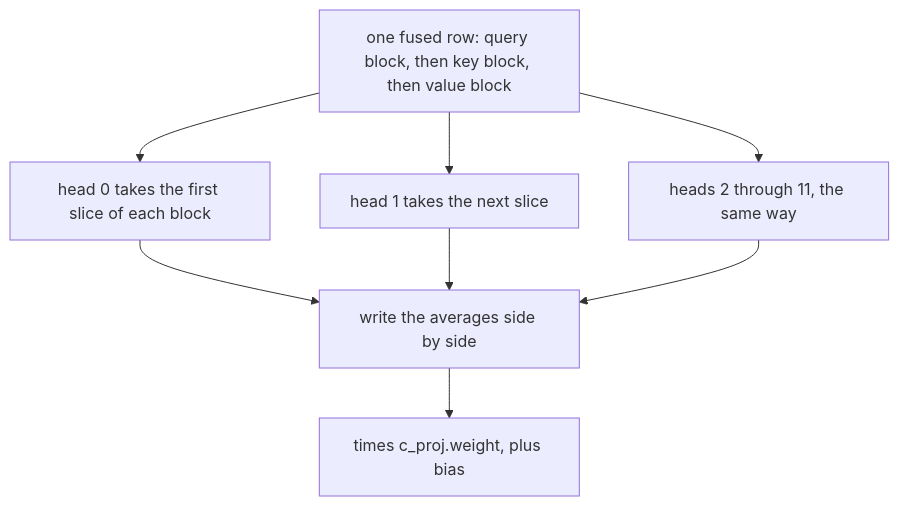
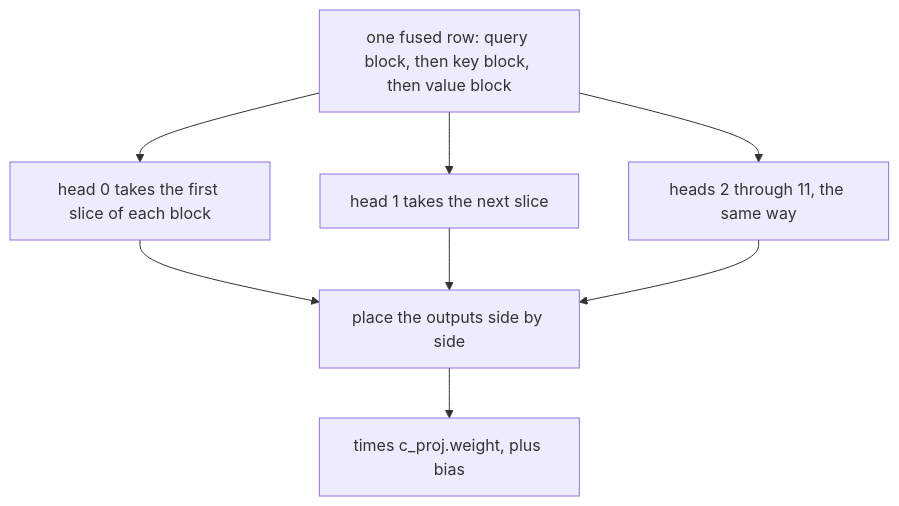
The fifth of 7 diagrams in concepts.md (vasubansal1033/codecrafters-inference-engine-go), drawn with Mermaid before and after one commit. The commit also changed other lines of this file and 5 other files, not shown here.

````diff
--- a/concepts.md
+++ b/concepts.md
@@ -327,11 +356,11 @@
 ```mermaid
 flowchart TB
   fused["one fused row: query block, then key block, then value block"]
   fused --> h0["head 0 takes the first slice of each block"]
   fused --> h1["head 1 takes the next slice"]
   fused --> hrest["heads 2 through 11, the same way"]
-  h0 --> cat["write the averages side by side"]
+  h0 --> cat["place the outputs side by side"]
   h1 --> cat
   hrest --> cat
   cat --> proj["times c_proj.weight, plus bias"]
 ```
````
